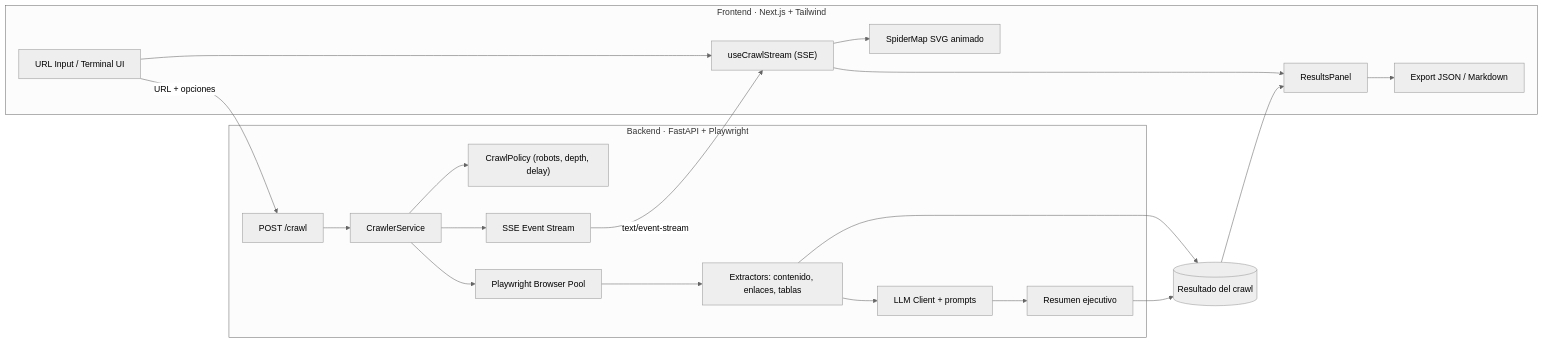
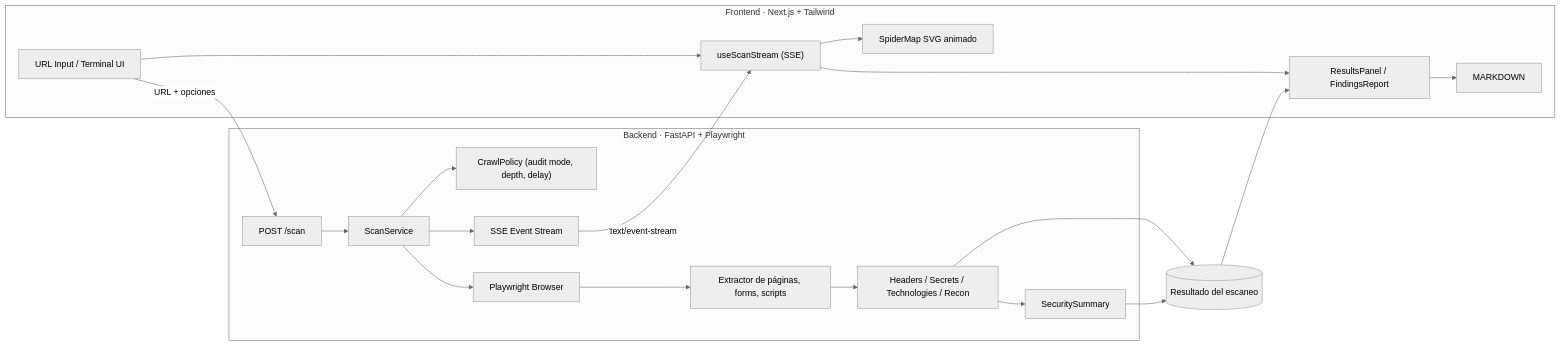
Before and after one commit to CryptonDevAlex/neuro-spider-crawler: the first of 2 diagrams in README.md, drawn with Mermaid (neutral theme). The commit also changed other lines of this file and 5 other files, not shown here.

````diff
--- a/README.md
+++ b/README.md
@@ -13,40 +21,40 @@
 ```mermaid
 flowchart LR
     subgraph Client["Frontend · Next.js + Tailwind"]
         UI["URL Input / Terminal UI"]
-        Hook["useCrawlStream (SSE)"]
+        Hook["useScanStream (SSE)"]
         Map["SpiderMap SVG animado"]
-        Panel["ResultsPanel"]
-        Export["Export JSON / Markdown"]
+        Panel["ResultsPanel / FindingsReport"]
+        Export["MARKDOWN"]
         UI --> Hook
         Hook --> Map
         Hook --> Panel
         Panel --> Export
     end
 
     subgraph Server["Backend · FastAPI + Playwright"]
-        API["POST /crawl"]
-        Service["CrawlerService"]
-        Policy["CrawlPolicy (robots, depth, delay)"]
-        Browser["Playwright Browser Pool"]
-        Extract["Extractors: contenido, enlaces, tablas"]
-        LLM["LLM Client + prompts"]
-        Summary["Resumen ejecutivo"]
+        API["POST /scan"]
+        Service["ScanService"]
+        Policy["CrawlPolicy (audit mode, depth, delay)"]
+        Browser["Playwright Browser"]
+        Extract["Extractor de páginas, forms, scripts"]
+        Analysis["Headers / Secrets / Technologies / Recon"]
+        Summary["SecuritySummary"]
         Stream["SSE Event Stream"]
         API --> Service
         Service --> Policy
         Service --> Browser
         Browser --> Extract
-        Extract --> LLM
-        LLM --> Summary
+        Extract --> Analysis
+        Analysis --> Summary
         Service --> Stream
     end
 
-    Store[("Resultado del crawl")]
+    Store[("Resultado del escaneo")]
 
     UI -->|"URL + opciones"| API
     Stream -->|"text/event-stream"| Hook
-    Extract --> Store
+    Analysis --> Store
     Summary --> Store
     Store --> Panel
 ```
````
